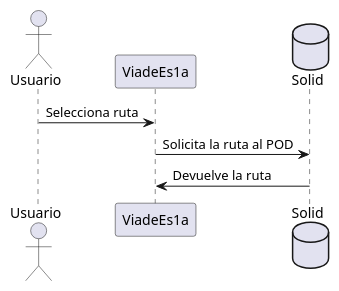
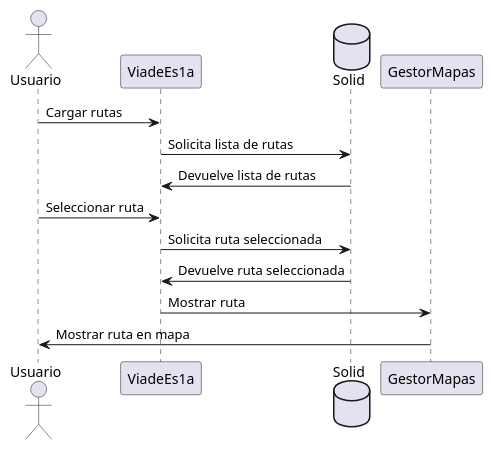
The third of 4 diagrams in src/docs/06_runtime_view.adoc (Arquisoft/viade_es1a), drawn with PlantUML before and after one commit. The commit also changed other lines of this file, not shown here.

Commit message:
Corregido diagrama 6.2

```diff
--- a/src/docs/06_runtime_view.adoc
+++ b/src/docs/06_runtime_view.adoc
@@ -43,13 +43,17 @@
 [plantuml,ver ruta,png]
 ----
 @startuml
 
 actor Usuario
-Usuario -> ViadeEs1a:Selecciona ruta
+Usuario -> ViadeEs1a:Cargar rutas
 database Solid
-ViadeEs1a -> Solid:Solicita la ruta al POD
-Solid -> ViadeEs1a:Devuelve la ruta
-
+ViadeEs1a -> Solid:Solicita lista de rutas
+Solid -> ViadeEs1a:Devuelve lista de rutas
+Usuario -> ViadeEs1a:Seleccionar ruta
+ViadeEs1a -> Solid:Solicita ruta seleccionada
+Solid -> ViadeEs1a:Devuelve ruta seleccionada
+ViadeEs1a -> GestorMapas:Mostrar ruta
+GestorMapas -> Usuario:Mostrar ruta en mapa
 
 @enduml
 ----
```
